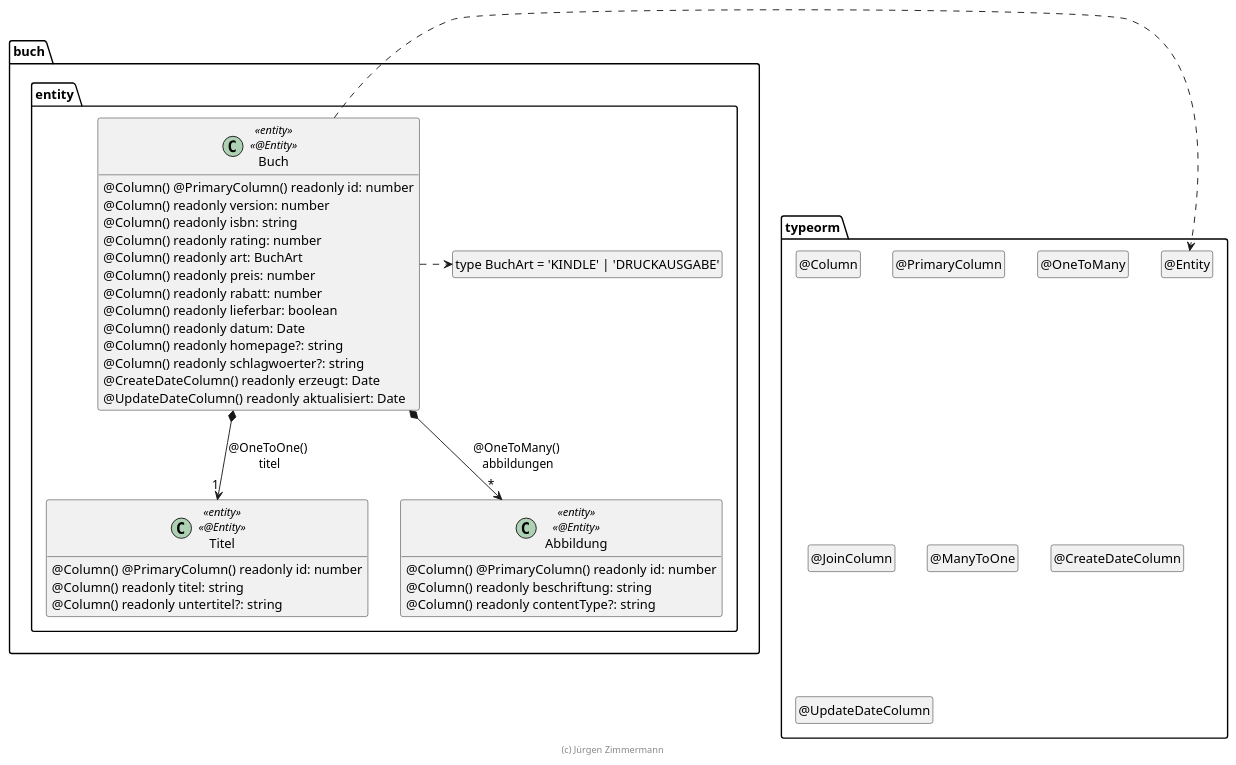
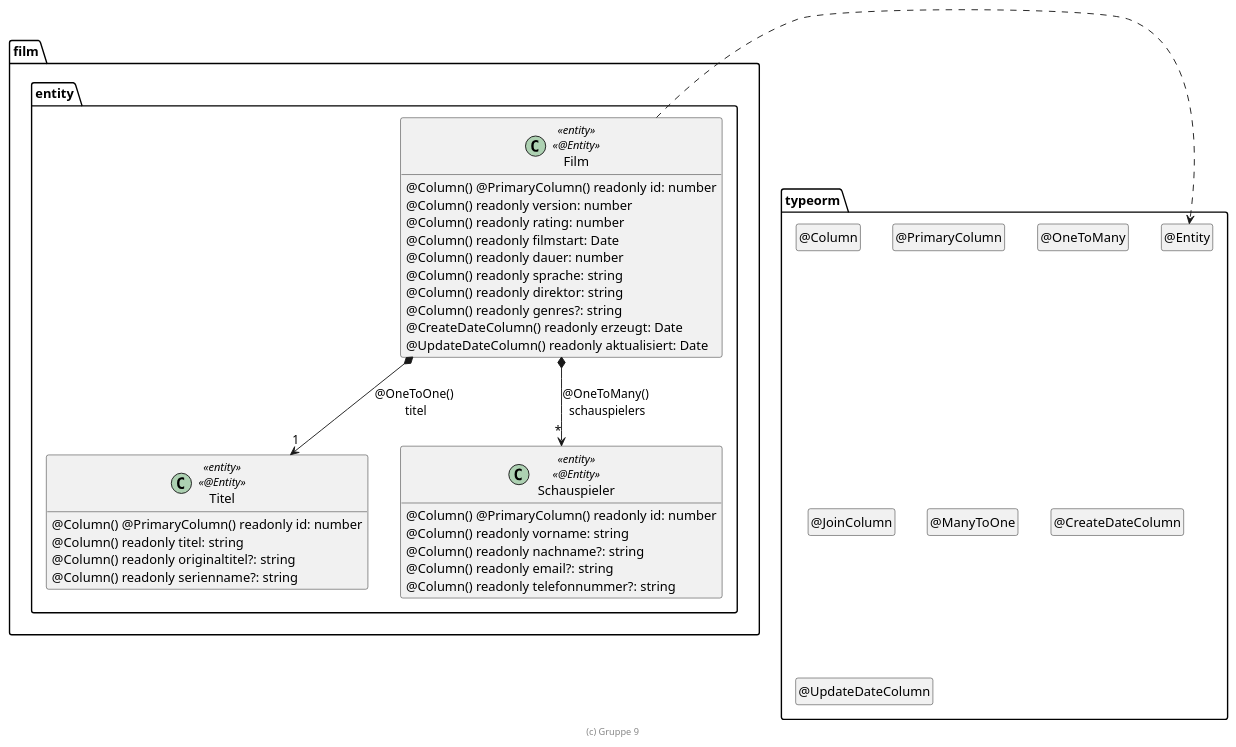
Before and after one commit to ngca1011/buch: the diagram in .extras/doc/projekthandbuch/Film.plantuml, drawn with PlantUML. The commit also changed 11 other files, not shown here.

Commit message:
UmlDiagramm

```diff
--- a/.extras/doc/projekthandbuch/Film.plantuml
+++ b/.extras/doc/projekthandbuch/Film.plantuml
@@ -18,65 +18,62 @@
 @startuml Entity
 
 package typeorm {
   class "@Entity" as Entity
   hide Entity circle
   class "@Column" as Column
   hide Column circle
   class "@PrimaryColumn" as PrimaryColumn
   hide PrimaryColumn circle
   class "@OneToMany" as OneToMany
   hide OneToMany circle
   class "@JoinColumn" as JoinColumn
   hide JoinColumn circle
   class "@ManyToOne" as ManyToOne
   hide ManyToOne circle
   class "@CreateDateColumn" as CreateDateColumn
   hide CreateDateColumn circle
   class "@UpdateDateColumn" as UpdateDateColumn
   hide UpdateDateColumn circle
 }
 
-package buch.entity {
-  class "type BuchArt = 'KINDLE' | 'DRUCKAUSGABE'" as BuchArt
-  hide BuchArt circle
+package film.entity {
 
-  class Buch <<entity>> <<@Entity>> {
+  class Film <<entity>> <<@Entity>> {
     @Column() @PrimaryColumn() readonly id: number
     @Column() readonly version: number
-    @Column() readonly isbn: string
     @Column() readonly rating: number
-    @Column() readonly art: BuchArt
-    @Column() readonly preis: number
-    @Column() readonly rabatt: number
-    @Column() readonly lieferbar: boolean
-    @Column() readonly datum: Date
-    @Column() readonly homepage?: string
-    @Column() readonly schlagwoerter?: string
+    @Column() readonly filmstart: Date
+    @Column() readonly dauer: number
+    @Column() readonly sprache: string
+    @Column() readonly direktor: string
+    @Column() readonly genres?: string
     @CreateDateColumn() readonly erzeugt: Date
     @UpdateDateColumn() readonly aktualisiert: Date
   }
 
   class Titel <<entity>> <<@Entity>> {
     @Column() @PrimaryColumn() readonly id: number
     @Column() readonly titel: string
-    @Column() readonly untertitel?: string
+    @Column() readonly originaltitel?: string
+    @Column() readonly serienname?: string
   }
 
-  class Abbildung <<entity>> <<@Entity>> {
+  class Schauspieler <<entity>> <<@Entity>> {
     @Column() @PrimaryColumn() readonly id: number
-    @Column() readonly beschriftung: string
-    @Column() readonly contentType?: string
+    @Column() readonly vorname: string
+    @Column() readonly nachname?: string
+    @Column() readonly email?: string
+    @Column() readonly telefonnummer?: string
   }
 
-  Buch *--> "1" Titel : @OneToOne() \ntitel
-  Buch *--> "*" Abbildung : @OneToMany() \nabbildungen
+  Film *--> "1" Titel : @OneToOne() \ntitel
+  Film *--> "*" Schauspieler : @OneToMany() \nschauspielers
 
-  Buch .right.> Entity
-  Buch .right.> BuchArt
+  Film .right.> Entity
 }
 
 hide empty members
 
-footer (c) Jürgen Zimmermann
+footer (c) Gruppe 9
 
 @enduml
```
